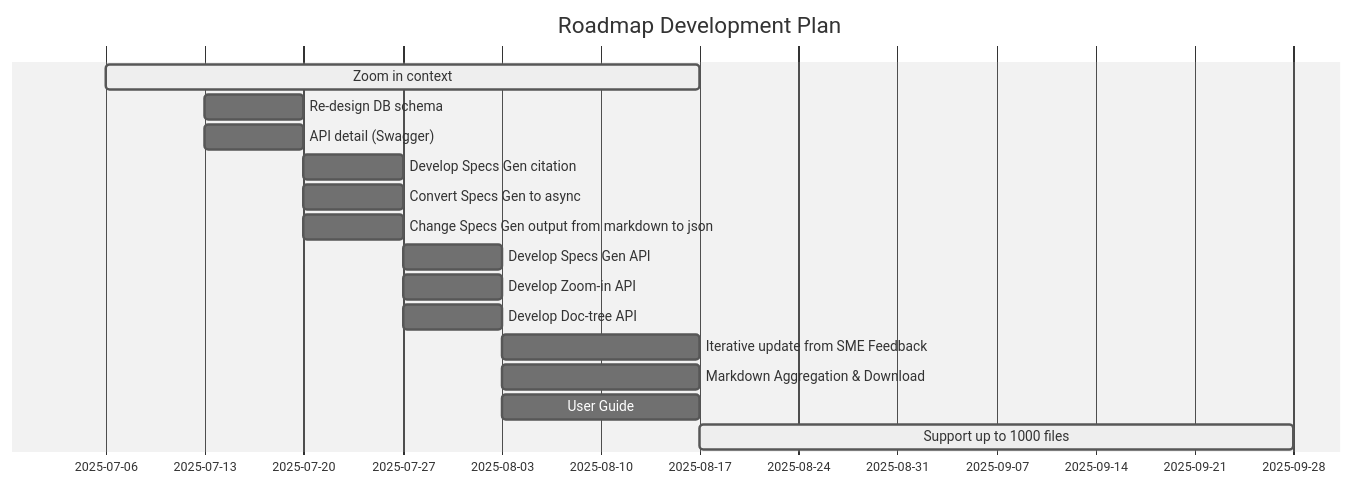
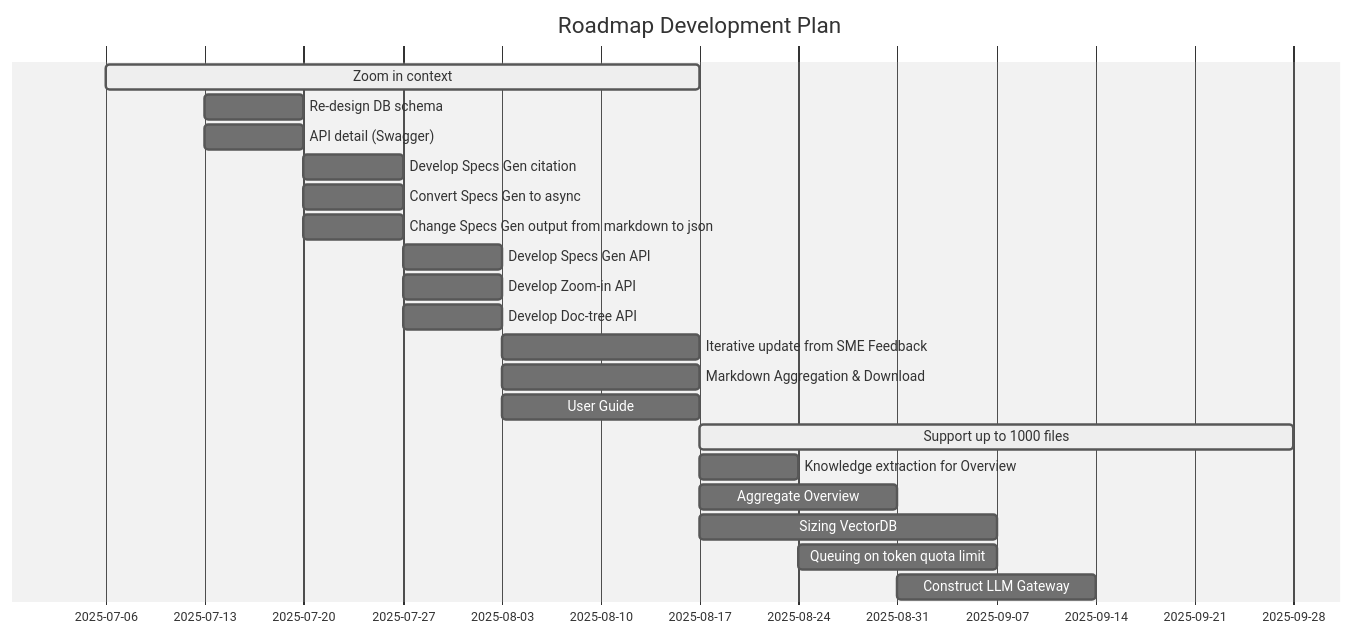
One commit to anhttmle/CAIO changed the diagram in C2B/Phase 2/Roadmap.md. Above: the diagram before and after it, drawn with Mermaid (neutral theme).

````diff
--- a/C2B/Phase 2/Roadmap.md
+++ b/C2B/Phase 2/Roadmap.md
@@ -3,31 +3,36 @@
 ```mermaid
 
 gantt
     title Roadmap Development Plan
     dateFormat  YYYY-MM-DD
     axisFormat  %Y-%m-%d
     Zoom in context                     :active, zoom, 2025-07-06, 2025-08-17
 
     Re-design DB schema                :db_schema, 2025-07-13, 2025-07-20
     API detail (Swagger)            :doc_api, 2025-07-13, 2025-07-20
 
     Develop Specs Gen citation             :citation_api, 2025-07-20, 2025-07-27
     Convert Specs Gen to async         :specs_async, 2025-07-20, 2025-07-27
     Change Specs Gen output from markdown to json             :convert_json, 2025-07-20, 2025-07-27
     
     Develop Specs Gen API   :gen_specs, 2025-07-27, 2025-08-03
     Develop Zoom-in API   :zoom-in, 2025-07-27, 2025-08-03
     Develop Doc-tree API   :doc-tree, 2025-07-27, 2025-08-03
 
     Iterative update from SME Feedback  :optimize, 2025-08-03, 2025-08-17
     Markdown Aggregation & Download   :markdown, 2025-08-03, 2025-08-17
     User Guide          :user-guide, 2025-08-03, 2025-08-17
 
 
     Support up to 1000 files           :active, scale_up, 2025-08-17, 2025-09-28
 
-    
+    Knowledge extraction for Overview    :knowledge_extract, 2025-08-17, 2025-08-24
+    Aggregate Overview    :aggregate_overview, 2025-08-17, 2025-08-31
+    Sizing VectorDB    :sizing_vectordb, 2025-08-17, 2025-09-07
+    Queuing on token quota limit    :queue_on_limit, 2025-08-24, 2025-09-07
+    Construct LLM Gateway    :llm_gateway, 2025-08-31, 2025-09-14
+
 
 
 
 ```
````
